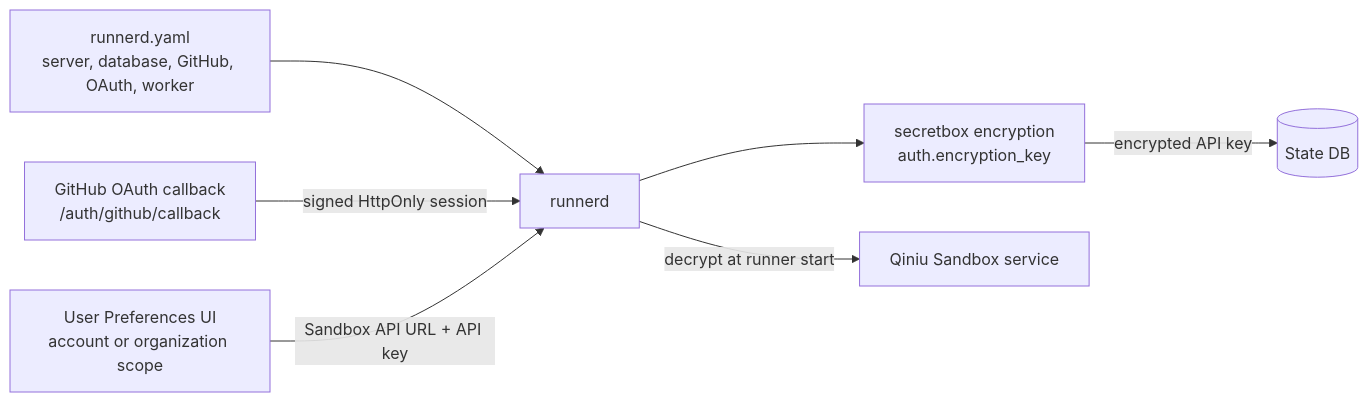
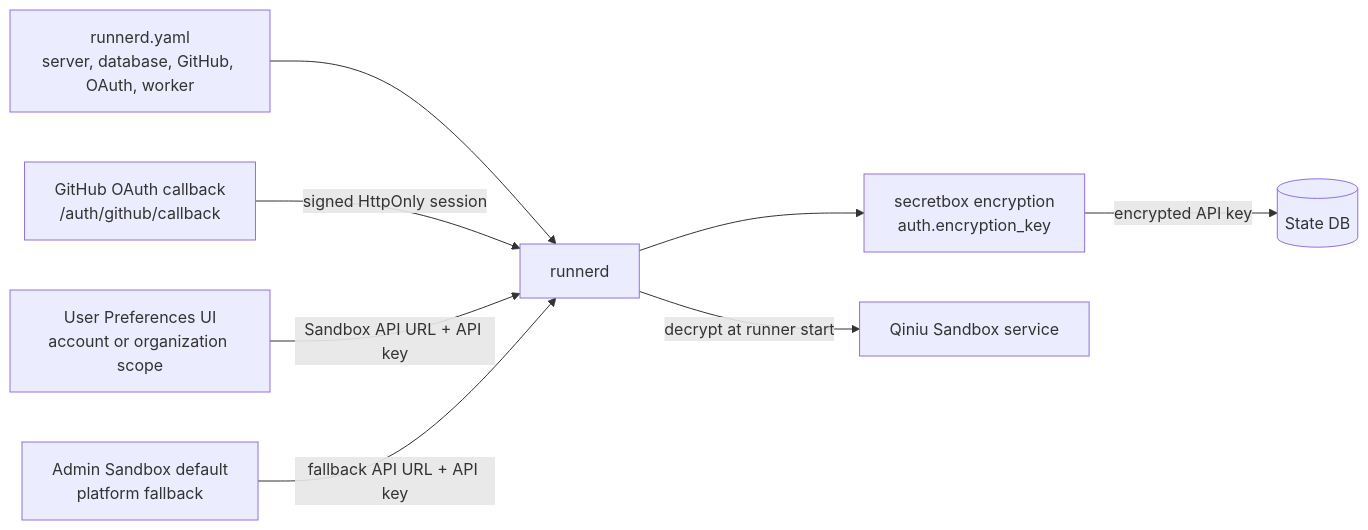
One commit to miclle/qiniu-ci-runner changed the sixth of 6 diagrams in docs/runner-architecture-comparison.md. Above: the diagram before and after it, drawn with Mermaid. The commit also changed other lines of this file and 39 other files, not shown here.

Commit message:
feat(sandbox): add admin service default (#28)

````diff
--- a/docs/runner-architecture-comparison.md
+++ b/docs/runner-architecture-comparison.md
@@ -201,17 +202,19 @@
 ```mermaid
 flowchart LR
   File["runnerd.yaml<br/>server, database, GitHub, OAuth, worker"]
   OAuth["GitHub OAuth callback<br/>/auth/github/callback"]
   UserPrefs["User Preferences UI<br/>account or organization scope"]
+  AdminDefault["Admin Sandbox default<br/>platform fallback"]
   SecretBox["secretbox encryption<br/>auth.encryption_key"]
   Store[("State DB")]
   Runnerd["runnerd"]
   QiniuSandbox["Qiniu Sandbox service"]
 
   File --> Runnerd
   OAuth -->|"signed HttpOnly session"| Runnerd
   UserPrefs -->|"Sandbox API URL + API key"| Runnerd
+  AdminDefault -->|"fallback API URL + API key"| Runnerd
   Runnerd --> SecretBox
   SecretBox -->|"encrypted API key"| Store
   Runnerd -->|"decrypt at runner start"| QiniuSandbox
 ```
````
